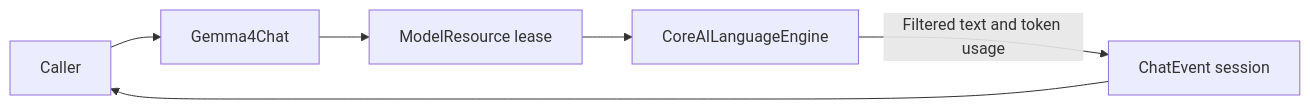
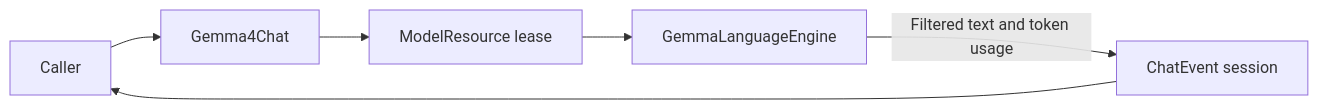
The diagram in MobileHarness/ModelKit/Language/LLM/Gemma4/README.md (devilyouwei/MobileHarness), drawn with Mermaid before and after one commit. The commit also changed other lines of this file and 102 other files, not shown here.

````diff
--- a/MobileHarness/ModelKit/Language/LLM/Gemma4/README.md
+++ b/MobileHarness/ModelKit/Language/LLM/Gemma4/README.md
@@ -15,8 +15,8 @@
 ```mermaid
 flowchart LR
  Caller --> Adapter[Gemma4Chat]
  Adapter --> Lease[ModelResource lease]
- Lease --> Backend[CoreAILanguageEngine]
+ Lease --> Backend[GemmaLanguageEngine]
  Backend -->|Filtered text and token usage| Session[ChatEvent session]
  Session --> Caller
 ```
````
